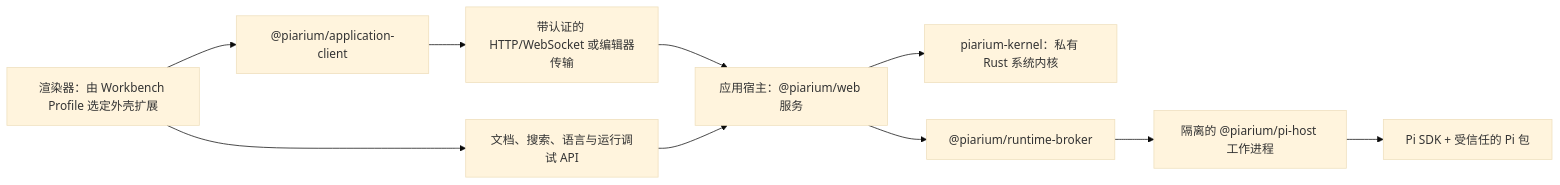
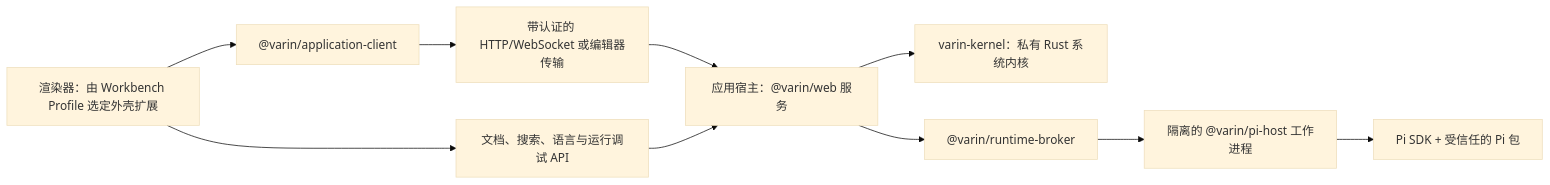
The diagram in .github/readme/README.zh-CN.md (Youzini-afk/Piarium), drawn with Mermaid (base theme) before and after one commit. The commit also changed other lines of this file and 2274 other files, not shown here.

Commit message:
feat: rename Piarium to Varin across the product and runtime

````diff
--- a/.github/readme/README.zh-CN.md
+++ b/.github/readme/README.zh-CN.md
@@ -231,12 +231,12 @@
 ```mermaid
 flowchart LR
-    S["渲染器：由 Workbench Profile 选定外壳扩展"] --> C["@piarium/application-client"]
+    S["渲染器：由 Workbench Profile 选定外壳扩展"] --> C["@varin/application-client"]
     S --> D["文档、搜索、语言与运行调试 API"]
     C --> T["带认证的 HTTP/WebSocket 或编辑器传输"]
-    T --> A["应用宿主：@piarium/web 服务"]
+    T --> A["应用宿主：@varin/web 服务"]
     D --> A
-    A --> K["piarium-kernel：私有 Rust 系统内核"]
-    A --> B["@piarium/runtime-broker"]
-    B --> H["隔离的 @piarium/pi-host 工作进程"]
+    A --> K["varin-kernel：私有 Rust 系统内核"]
+    A --> B["@varin/runtime-broker"]
+    B --> H["隔离的 @varin/pi-host 工作进程"]
     H --> P["Pi SDK + 受信任的 Pi 包"]
 ```
````
